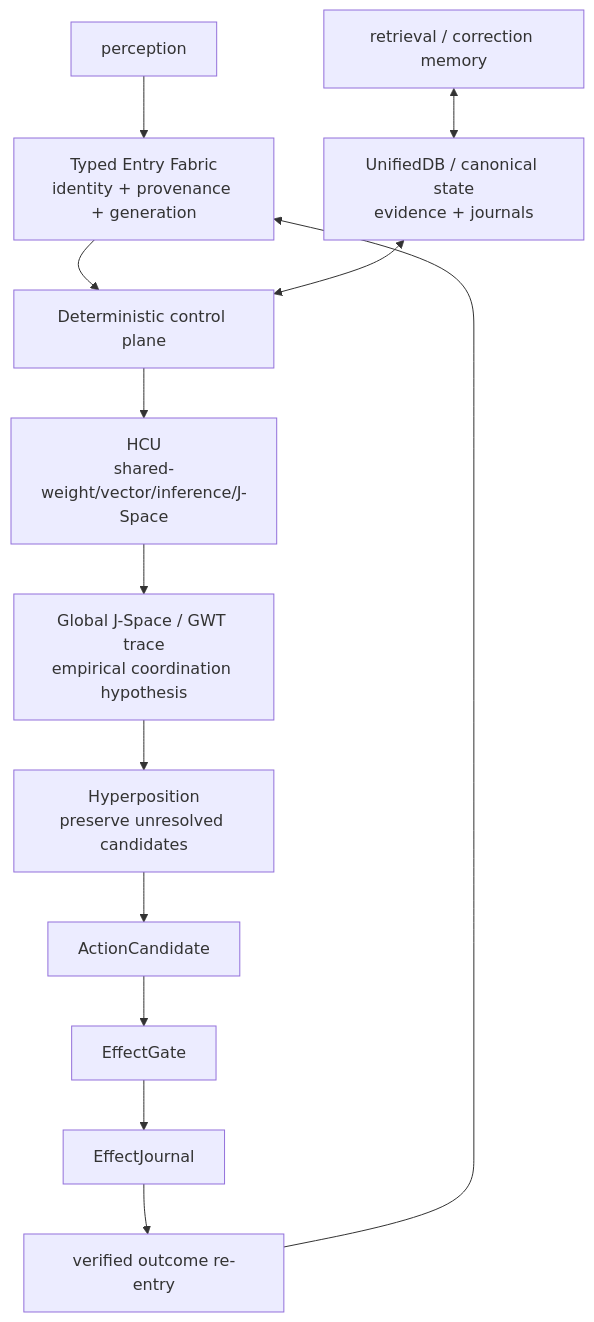
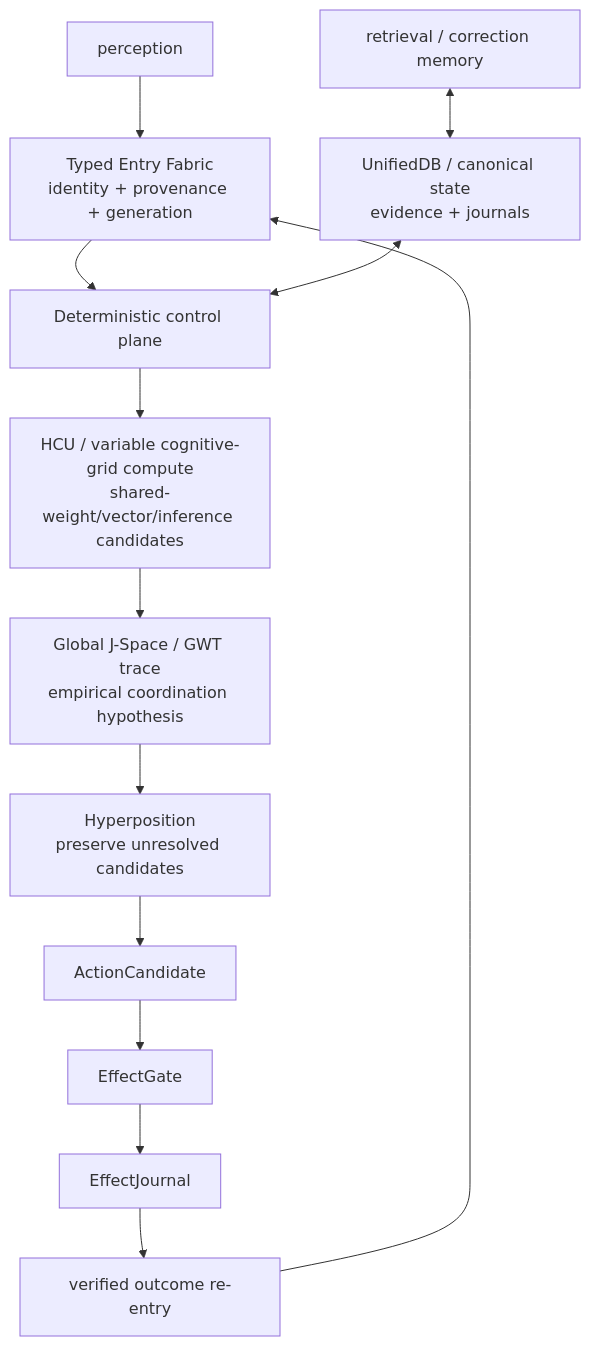
One commit to gschaidergabriel/Cognitive-devmachine changed the second of 2 diagrams in DEV_SOURCE_RESEARCH/README.md. Above: the diagram before and after it, drawn with Mermaid. The commit also changed other lines of this file, not shown here.

Commit message:
trigger3: make variable-grid owner target explicit in dev index

````diff
--- a/DEV_SOURCE_RESEARCH/README.md
+++ b/DEV_SOURCE_RESEARCH/README.md
@@ -97,15 +144,15 @@
 ```mermaid
 flowchart TD
     ENTRY[Typed Entry Fabric\nidentity + provenance + generation] --> CTRL[Deterministic control plane]
     UDB[UnifiedDB / canonical state\nevidence + journals] <--> CTRL
-    CTRL --> HCU[HCU\nshared-weight/vector/inference/J-Space]
-    HCU --> GWT[Global J-Space / GWT trace\nempirical coordination hypothesis]
+    CTRL --> GRID[HCU / variable cognitive-grid compute\nshared-weight/vector/inference candidates]
+    GRID --> GWT[Global J-Space / GWT trace\nempirical coordination hypothesis]
     GWT --> HP[Hyperposition\npreserve unresolved candidates]
     HP --> CAND[ActionCandidate]
     CAND --> EG[EffectGate]
     EG --> EJ[EffectJournal]
     EJ --> OBS[verified outcome re-entry]
     OBS --> ENTRY
     MEM[retrieval / correction memory] <--> UDB
     PER[perception] --> ENTRY
 ```
````
